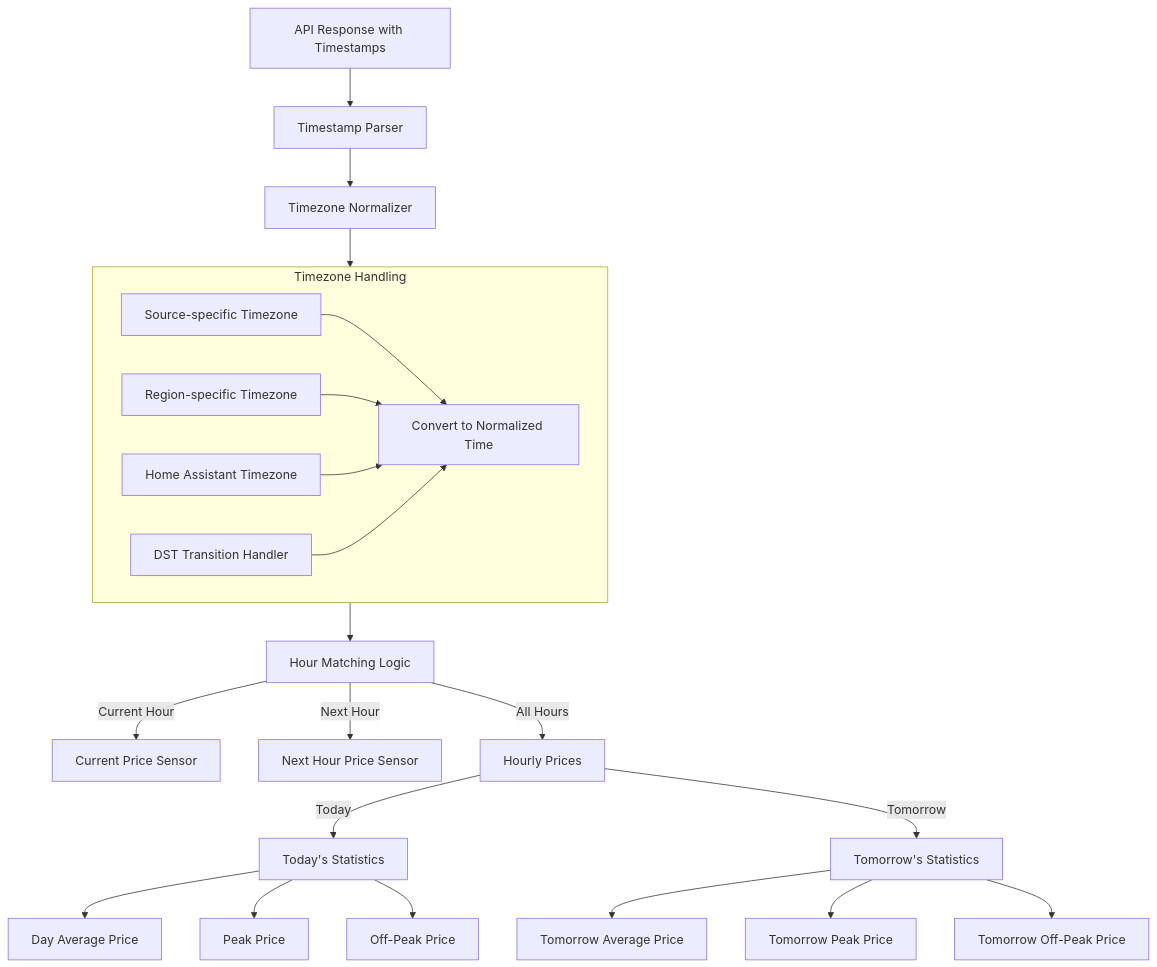
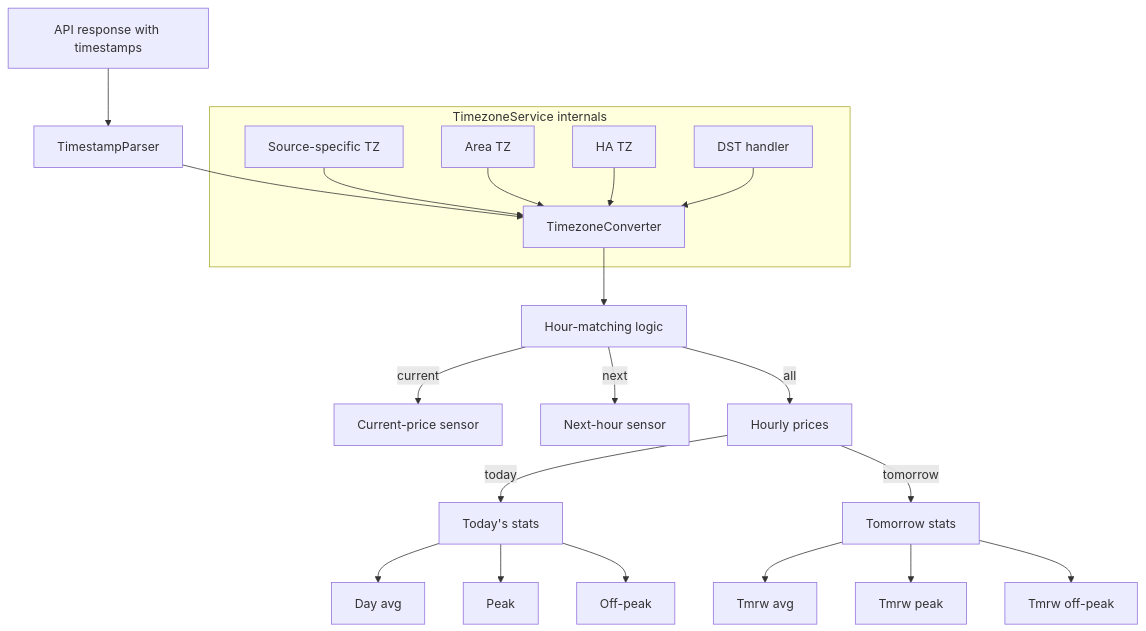
One commit to enoch85/ge-spot changed the second of 6 diagrams in README.md. Above: the diagram before and after it, drawn with Mermaid. The commit also changed other lines of this file, not shown here.

````diff
--- a/README.md
+++ b/README.md
@@ -208,31 +208,23 @@
 ```mermaid
 flowchart TD
-    API["API Response with Timestamps"] --> Parser["Timestamp Parser"]
-    Parser --> Normalizer["Timezone Normalizer"]
-    
-    subgraph TimezoneHandling["Timezone Handling"]
-        SourceTZ["Source-specific Timezone"] --> Converter
-        AreaTZ["Region-specific Timezone"] --> Converter
-        HAConfig["Home Assistant Timezone"] --> Converter
-        DSTHandler["DST Transition Handler"] --> Converter
-        Converter["Convert to Normalized Time"]
+    API["API response with timestamps"] --> Parser["TimestampParser"]
+    Parser --> Converter["TimezoneConverter"]
+
+    subgraph TZ["TimezoneService internals"]
+        SourceTZ["Source-specific TZ"]
+        AreaTZ["Area TZ"]
+        HA_TZ["HA TZ"]
+        DST["DST handler"]
+        SourceTZ & AreaTZ & HA_TZ & DST --> Converter
     end
-    
-    Normalizer --> TimezoneHandling
-    
-    TimezoneHandling --> HourMatcher["Hour Matching Logic"]
-    HourMatcher --> |"Current Hour"| CurrentPrice["Current Price Sensor"]
-    HourMatcher --> |"Next Hour"| NextPrice["Next Hour Price Sensor"]
-    HourMatcher --> |"All Hours"| HourlyPrices["Hourly Prices"]
-    
-    HourlyPrices --> |"Today"| TodayStats["Today's Statistics"]
-    HourlyPrices --> |"Tomorrow"| TomorrowStats["Tomorrow's Statistics"]
-    
-    TodayStats --> DayAvg["Day Average Price"]
-    TodayStats --> PeakPrice["Peak Price"]
-    TodayStats --> OffPeakPrice["Off-Peak Price"]
-    
-    TomorrowStats --> TmrwAvg["Tomorrow Average Price"]
-    TomorrowStats --> TmrwPeak["Tomorrow Peak Price"]
-    TomorrowStats --> TmrwOffPeak["Tomorrow Off-Peak Price"]
+
+    Converter --> HourMatch["Hour-matching logic"]
+    HourMatch -->|current| Cur["Current-price sensor"]
+    HourMatch -->|next| Next["Next-hour sensor"]
+    HourMatch -->|all| All["Hourly prices"]
+
+    All -->|today| TStats["Today's stats"]
+    All -->|tomorrow| MStats["Tomorrow stats"]
+    TStats --> Avg["Day avg"] & Peak["Peak"] & Off["Off-peak"]
+    MStats --> MAvg["Tmrw avg"] & MPeak["Tmrw peak"] & MOff["Tmrw off-peak"]
 ```
````
